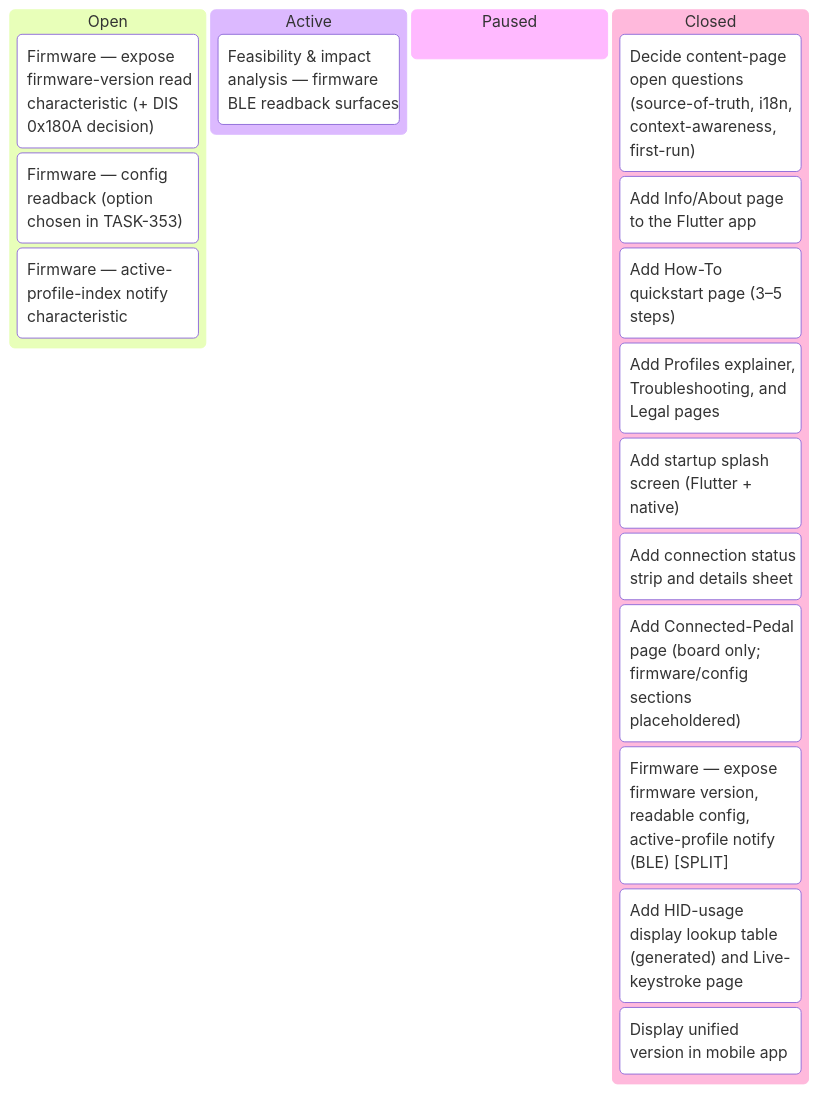
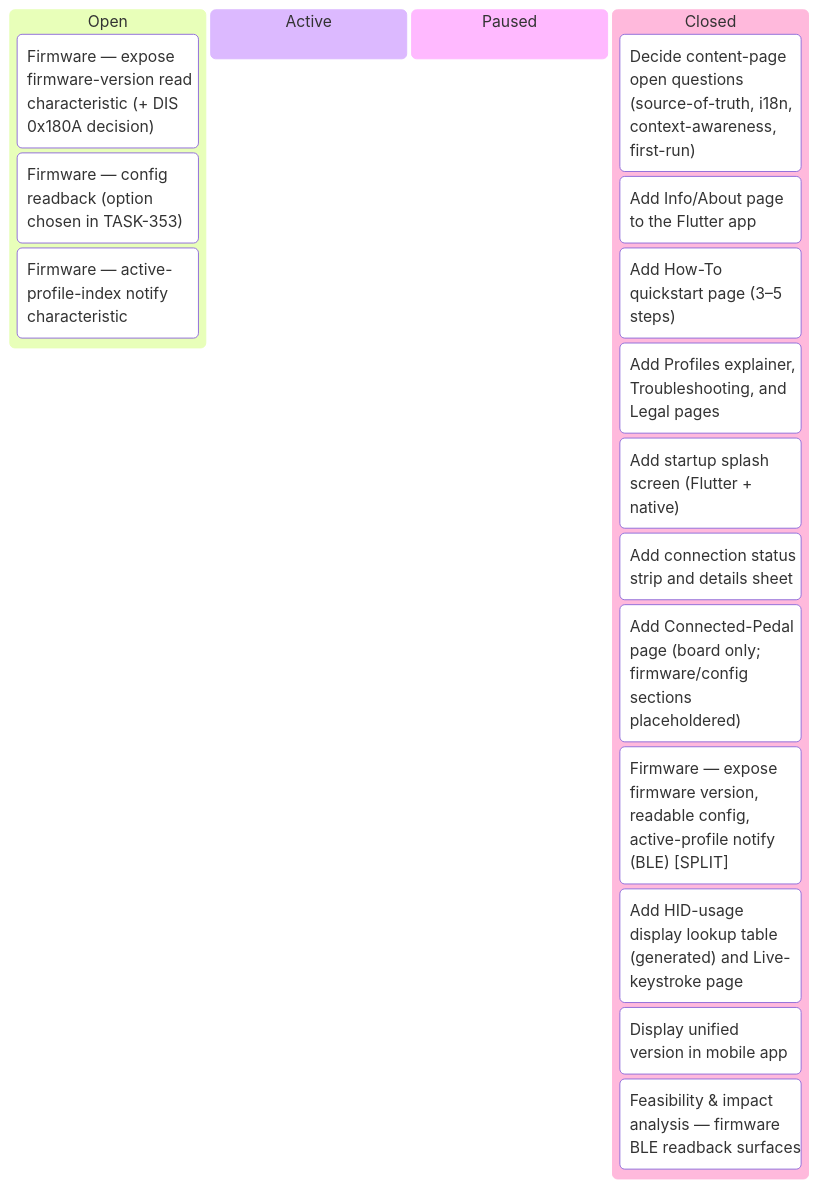
Before and after one commit to tgd1975/AwesomeStudioPedal: the first of 7 diagrams in docs/developers/tasks/KANBAN.md, drawn with Mermaid. The commit also changed other lines of this file and 7 other files, not shown here.

First line of the commit message:
close TASK-353: BLE readback feasibility & impact analysis

````diff
--- a/docs/developers/tasks/KANBAN.md
+++ b/docs/developers/tasks/KANBAN.md
@@ -11,21 +11,21 @@
 ```mermaid
 kanban
   Open
     TASK_354["Firmware — expose firmware-version read characteristic (+ DIS 0x180A decision)"]
     TASK_355["Firmware — config readback (option chosen in TASK-353)"]
     TASK_356["Firmware — active-profile-index notify characteristic"]
   Active
-    TASK_353["Feasibility & impact analysis — firmware BLE readback surfaces"]
   Paused
   Closed
     TASK_330["Decide content-page open questions (source-of-truth, i18n, context-awareness, first-run)"]
     TASK_331["Add Info/About page to the Flutter app"]
     TASK_332["Add How-To quickstart page (3–5 steps)"]
     TASK_333["Add Profiles explainer, Troubleshooting, and Legal pages"]
     TASK_334["Add startup splash screen (Flutter + native)"]
     TASK_335["Add connection status strip and details sheet"]
     TASK_336["Add Connected-Pedal page (board only; firmware/config sections placeholdered)"]
     TASK_337["Firmware — expose firmware version, readable config, active-profile notify (BLE) [SPLIT]"]
     TASK_338["Add HID-usage display lookup table (generated) and Live-keystroke page"]
     TASK_349["Display unified version in mobile app"]
+    TASK_353["Feasibility & impact analysis — firmware BLE readback surfaces"]
 ```
````
